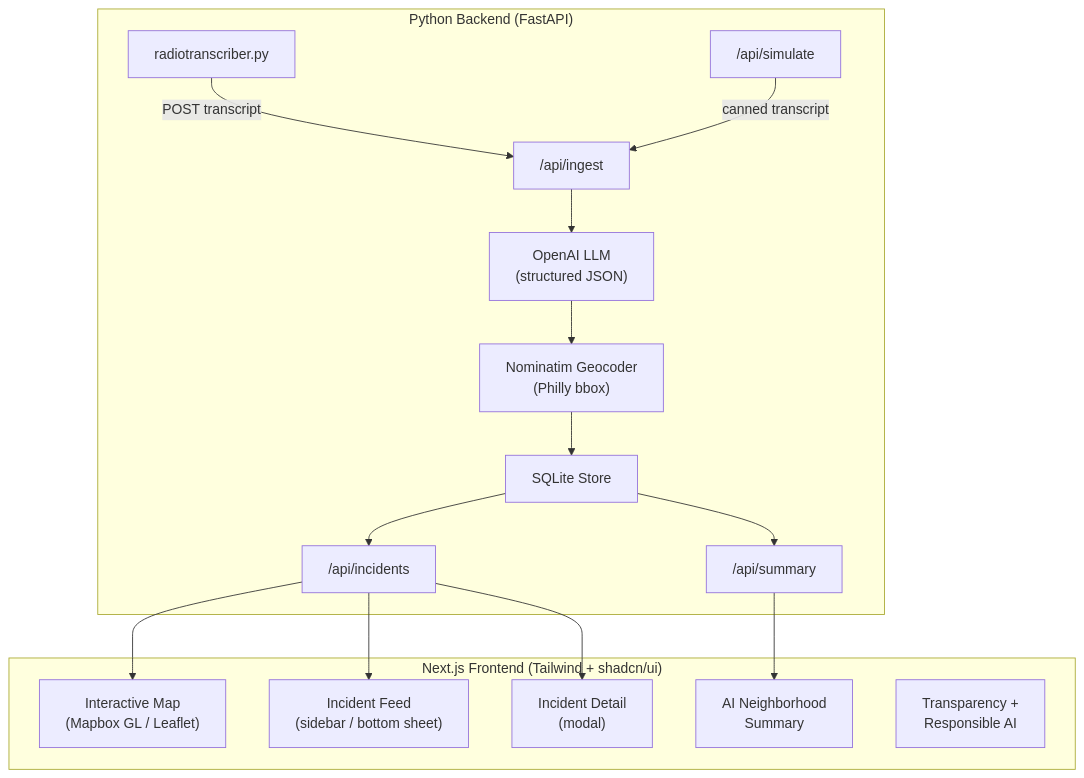
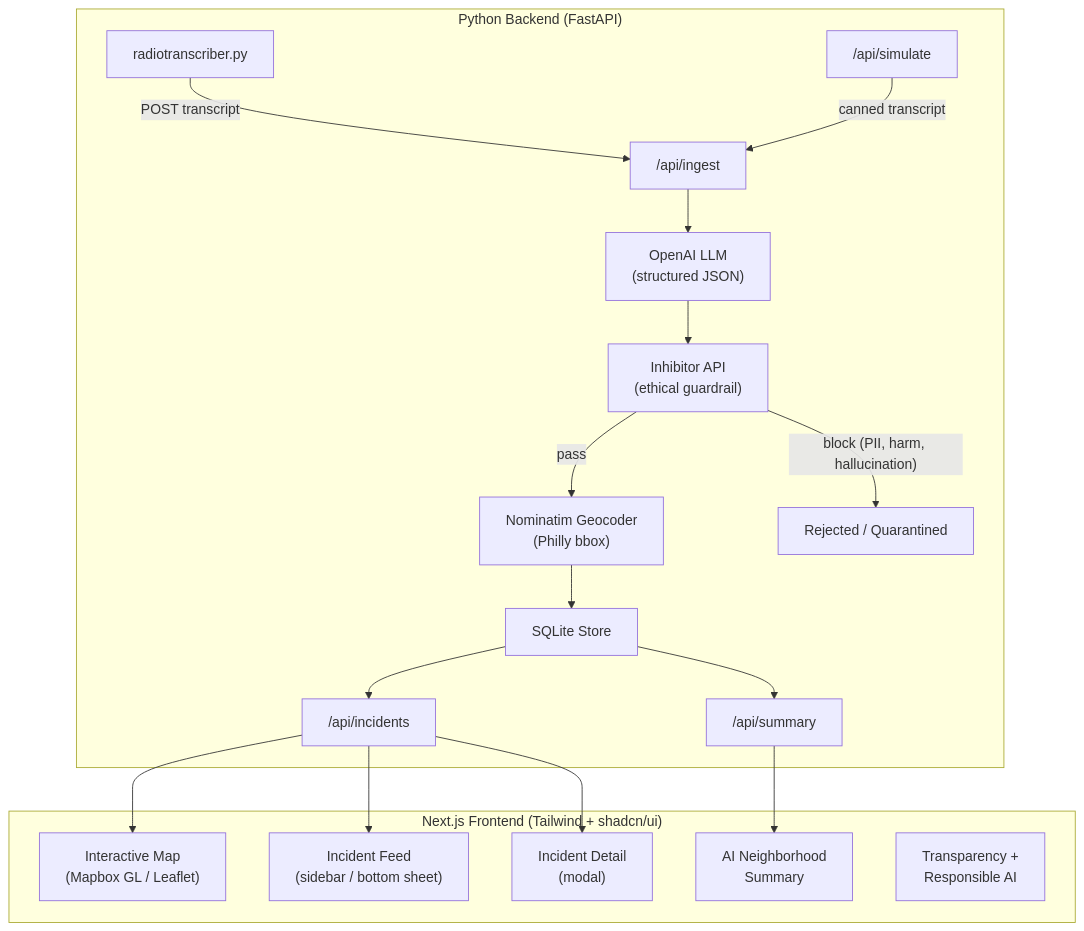
Before and after one commit to EYoung21/CityPulse: the diagram in docs/philly-pulse-plan.md, drawn with Mermaid. The commit also changed other lines of this file, not shown here.

First line of the commit message:
Integrate Inhibitor API and refine hackathon strategy

````diff
--- a/docs/philly-pulse-plan.md
+++ b/docs/philly-pulse-plan.md
@@ -65,25 +123,27 @@
 ```mermaid
 flowchart TB
   subgraph backend ["Python Backend (FastAPI)"]
     RT[radiotranscriber.py] -->|POST transcript| Ingest["/api/ingest"]
     Sim["/api/simulate"] -->|canned transcript| Ingest
     Ingest --> LLM["OpenAI LLM\n(structured JSON)"]
-    LLM --> Geo["Nominatim Geocoder\n(Philly bbox)"]
+    LLM --> Inhibitor["Inhibitor API\n(ethical guardrail)"]
+    Inhibitor -->|pass| Geo["Nominatim Geocoder\n(Philly bbox)"]
+    Inhibitor -->|"block (PII, harm, hallucination)"| Reject["Rejected / Quarantined"]
     Geo --> DB["SQLite Store"]
     DB --> IncAPI["/api/incidents"]
     DB --> SumAPI["/api/summary"]
   end
 
   subgraph frontend ["Next.js Frontend (Tailwind + shadcn/ui)"]
     Map["Interactive Map\n(Mapbox GL / Leaflet)"]
     Feed["Incident Feed\n(sidebar / bottom sheet)"]
     Detail["Incident Detail\n(modal)"]
     Summary["AI Neighborhood\nSummary"]
     About["Transparency +\nResponsible AI"]
   end
 
   IncAPI --> Map
   IncAPI --> Feed
   IncAPI --> Detail
   SumAPI --> Summary
 ```
````
